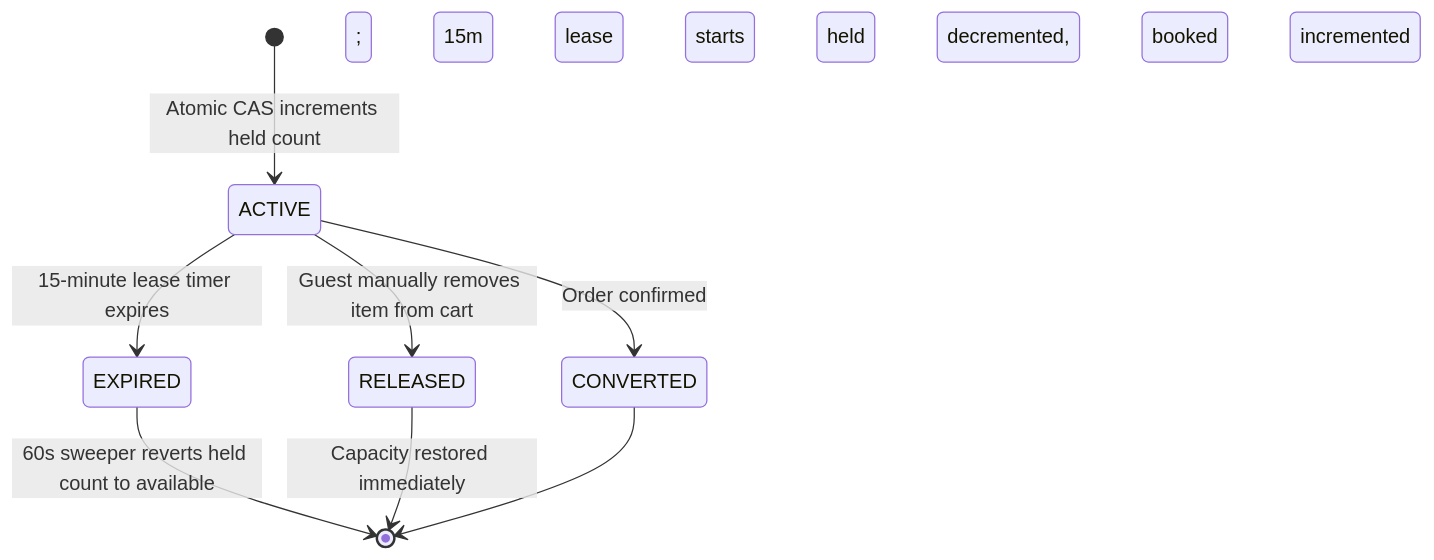
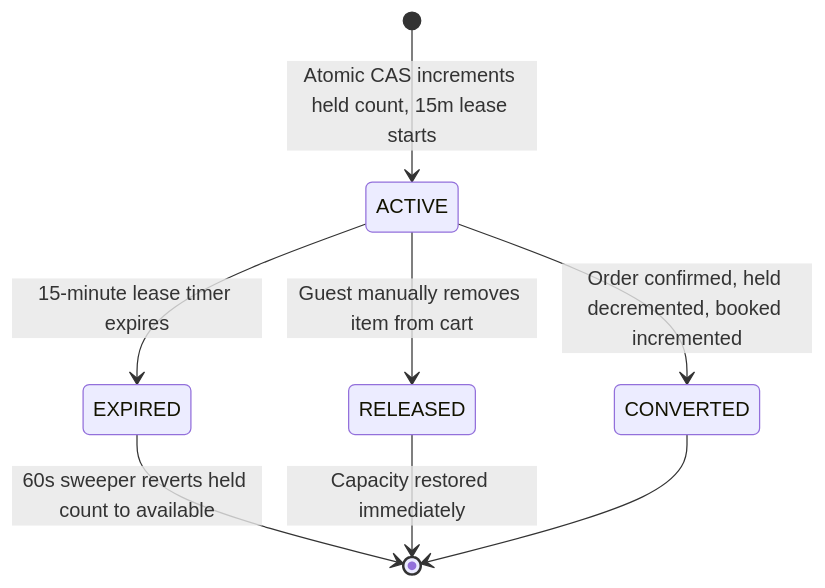
Before and after one commit to LynnT-2003/yoonie-backend: the seventh of 9 diagrams in README.md, drawn with Mermaid.

Commit message:
fix(docs): escape semicolons in mermaid state diagrams for GitHub rendering

````diff
--- a/README.md
+++ b/README.md
@@ -383,10 +383,10 @@
 ```mermaid
 stateDiagram-v2
-    [*] --> ACTIVE: Atomic CAS increments held count; 15m lease starts
-    ACTIVE --> CONVERTED: Order confirmed; held decremented, booked incremented
+    [*] --> ACTIVE: Atomic CAS increments held count, 15m lease starts
+    ACTIVE --> CONVERTED: Order confirmed, held decremented, booked incremented
     ACTIVE --> EXPIRED: 15-minute lease timer expires
     ACTIVE --> RELEASED: Guest manually removes item from cart
     EXPIRED --> [*]: 60s sweeper reverts held count to available
     RELEASED --> [*]: Capacity restored immediately
     CONVERTED --> [*]
 ```
````
